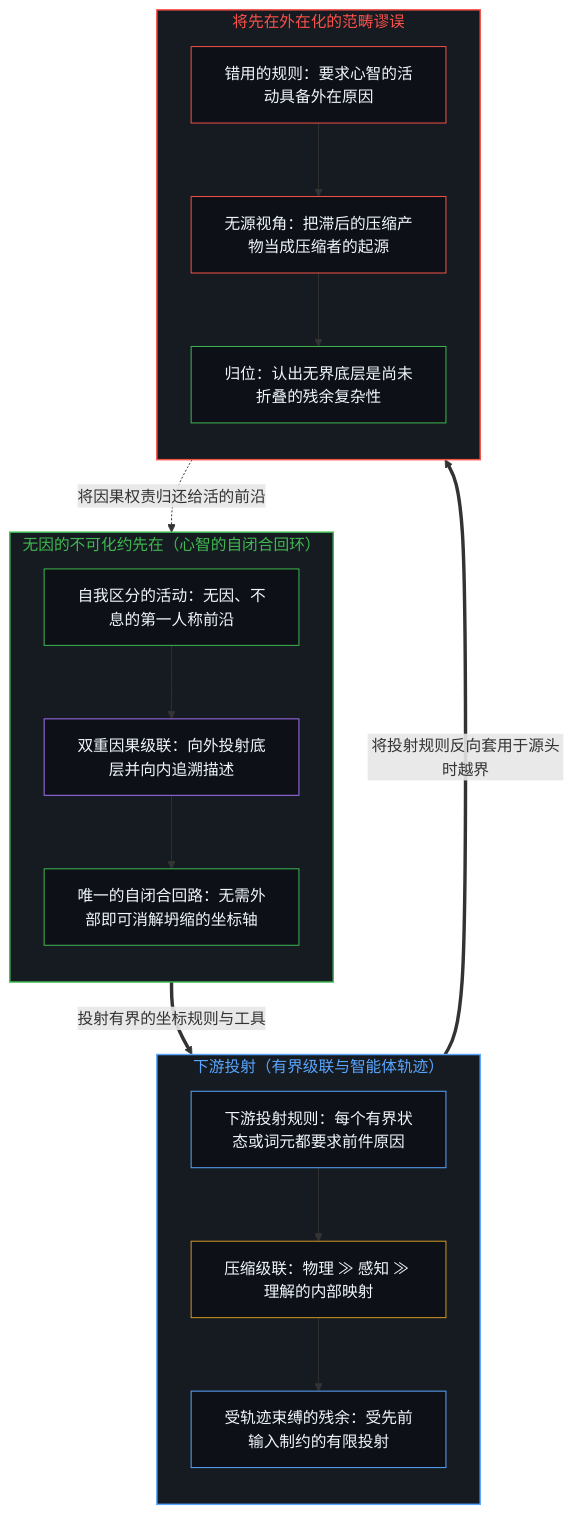
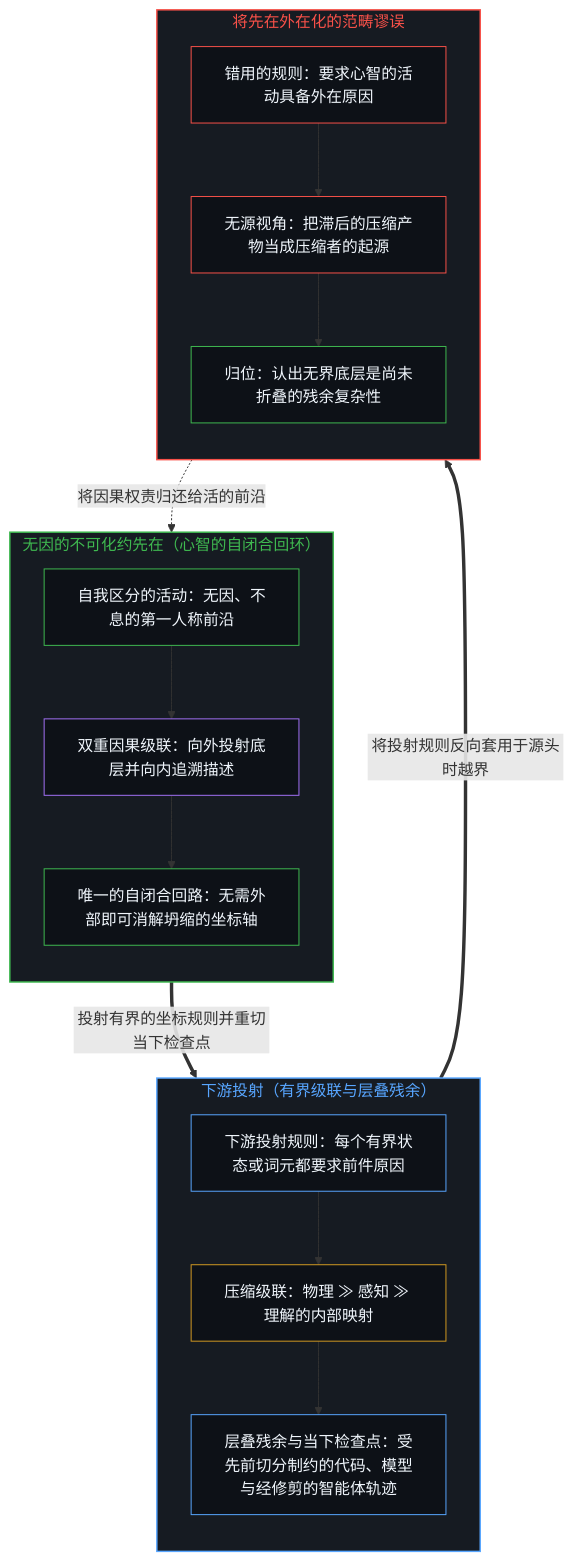
Before and after one commit to powerpig99/not-a-toe: the first of 2 diagrams in content/posts/causality-and-the-irreducible-prior.md, drawn with Mermaid. The commit also changed other lines of this file and 12 other files, not shown here.

````diff
--- a/content/posts/causality-and-the-irreducible-prior.md
+++ b/content/posts/causality-and-the-irreducible-prior.md
@@ -35,43 +35,43 @@
 ```mermaid
 flowchart TD
     subgraph S_Prior["无因的不可化约先在（心智的自闭合回环）"]
         direction TB
         P_Act["自我区分的活动：无因、不息的第一人称前沿"]
         P_Fold["双重因果级联：向外投射底层并向内追溯描述"]
         P_Close["唯一的自闭合回路：无需外部即可消解坍缩的坐标轴"]
         P_Act --> P_Fold --> P_Close
     end
 
-    subgraph S_Proj["下游投射（有界级联与智能体轨迹）"]
+    subgraph S_Proj["下游投射（有界级联与层叠残余）"]
         direction TB
         D_Rule["下游投射规则：每个有界状态或词元都要求前件原因"]
         D_Hierarchy["压缩级联：物理 ≫ 感知 ≫ 理解的内部映射"]
-        D_Agent["受轨迹束缚的残余：受先前输入制约的有限投射"]
+        D_Agent["层叠残余与当下检查点：受先前切分制约的代码、模型与经修剪的智能体轨迹"]
         D_Rule --> D_Hierarchy --> D_Agent
     end
 
     subgraph S_Inversion["将先在外在化的范畴谬误"]
         direction TB
         E_Demand["错用的规则：要求心智的活动具备外在原因"]
         E_Nowhere["无源视角：把滞后的压缩产物当成压缩者的起源"]
         E_Dissolve["归位：认出无界底层是尚未折叠的残余复杂性"]
         E_Demand --> E_Nowhere --> E_Dissolve
     end
 
-    P_Close ==>|"投射有界的坐标规则与工具"| D_Rule
+    P_Close ==>|"投射有界的坐标规则并重切当下检查点"| D_Rule
     D_Agent ==>|"将投射规则反向套用于源头时越界"| E_Demand
     E_Dissolve -.->|"将因果权责归还给活的前沿"| P_Act
 
     style S_Prior fill:#161b22,stroke:#3fb950,stroke-width:1.5px,color:#3fb950
     style S_Proj fill:#161b22,stroke:#58a6ff,stroke-width:1.5px,color:#58a6ff
     style S_Inversion fill:#161b22,stroke:#f85149,stroke-width:1.5px,color:#f85149
     style P_Act fill:#0d1117,stroke:#3fb950,stroke-width:1px,color:#f0f6fc
     style P_Fold fill:#0d1117,stroke:#a371f7,stroke-width:1px,color:#f0f6fc
     style P_Close fill:#0d1117,stroke:#3fb950,stroke-width:1px,color:#f0f6fc
     style D_Rule fill:#0d1117,stroke:#58a6ff,stroke-width:1px,color:#f0f6fc
     style D_Hierarchy fill:#0d1117,stroke:#d29922,stroke-width:1px,color:#f0f6fc
     style D_Agent fill:#0d1117,stroke:#58a6ff,stroke-width:1px,color:#f0f6fc
     style E_Demand fill:#0d1117,stroke:#f85149,stroke-width:1px,color:#f0f6fc
     style E_Nowhere fill:#0d1117,stroke:#f85149,stroke-width:1px,color:#f0f6fc
     style E_Dissolve fill:#0d1117,stroke:#3fb950,stroke-width:1px,color:#f0f6fc
 ```
````
